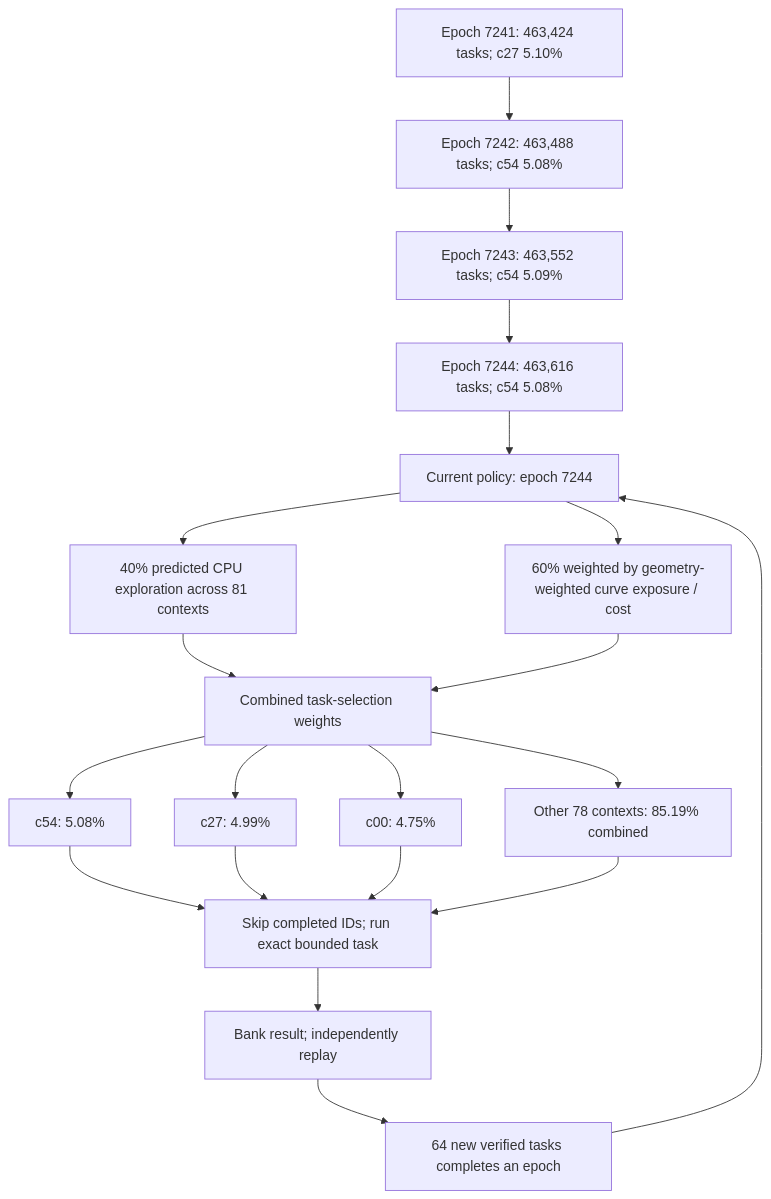
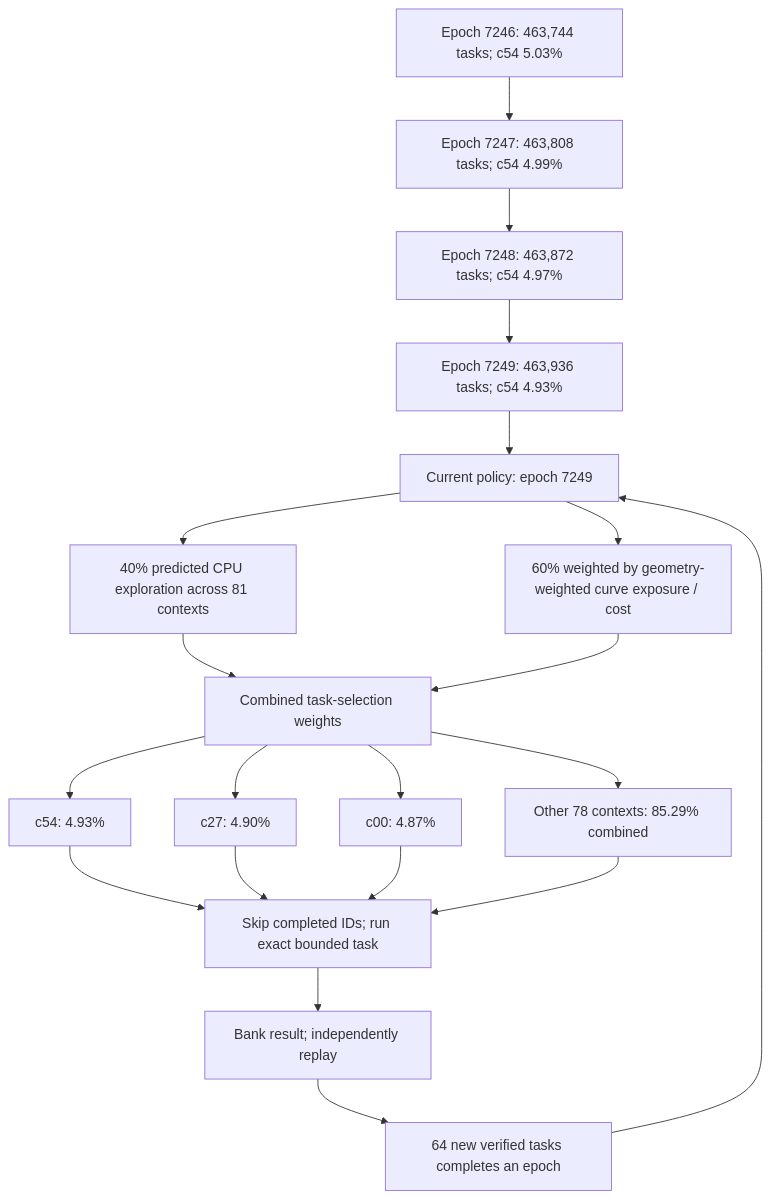
One commit to Kuberwastaken/math-gambling changed the first of 4 diagrams in README.md. Above: the diagram before and after it, drawn with Mermaid. The commit also changed other lines of this file and 1399 other files, not shown here.

````diff
--- a/README.md
+++ b/README.md
@@ -60,27 +60,27 @@
 ```mermaid
 flowchart TD
-    H0["Epoch 7241: 463,424 tasks; c27 5.10%"]
-    H1["Epoch 7242: 463,488 tasks; c54 5.08%"]
+    H0["Epoch 7246: 463,744 tasks; c54 5.03%"]
+    H1["Epoch 7247: 463,808 tasks; c54 4.99%"]
     H0 --> H1
-    H2["Epoch 7243: 463,552 tasks; c54 5.09%"]
+    H2["Epoch 7248: 463,872 tasks; c54 4.97%"]
     H1 --> H2
-    H3["Epoch 7244: 463,616 tasks; c54 5.08%"]
+    H3["Epoch 7249: 463,936 tasks; c54 4.93%"]
     H2 --> H3
-    Policy["Current policy: epoch 7244"]
+    Policy["Current policy: epoch 7249"]
     H3 --> Policy
     Policy --> Explore["40% predicted CPU exploration across 81 contexts"]
     Policy --> Cost["60% weighted by geometry-weighted curve exposure / cost"]
     Explore --> Mix["Combined task-selection weights"]
     Cost --> Mix
-    Mix --> C0["c54: 5.08%"]
-    Mix --> C1["c27: 4.99%"]
-    Mix --> C2["c00: 4.75%"]
-    Mix --> Rest["Other 78 contexts: 85.19% combined"]
+    Mix --> C0["c54: 4.93%"]
+    Mix --> C1["c27: 4.90%"]
+    Mix --> C2["c00: 4.87%"]
+    Mix --> Rest["Other 78 contexts: 85.29% combined"]
     C0 --> Check["Skip completed IDs; run exact bounded task"]
     C1 --> Check
     C2 --> Check
     Rest --> Check
     Check --> Replay["Bank result; independently replay"]
     Replay --> Gate["64 new verified tasks completes an epoch"]
     Gate --> Policy
 ```
````
